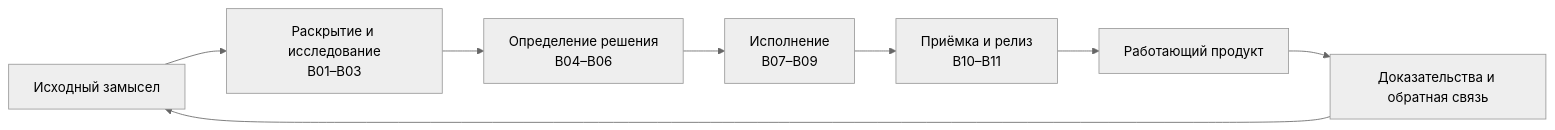
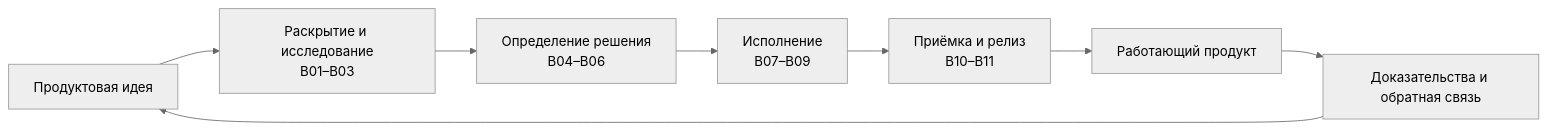
One commit to sergekostenchuk/taskplan-pro-operation-map changed the second of 3 diagrams in README.ru.md. Above: the diagram before and after it, drawn with Mermaid (neutral theme). The commit also changed other lines of this file and 16 other files, not shown here.

````diff
--- a/README.ru.md
+++ b/README.ru.md
@@ -20,10 +42,10 @@
 ```mermaid
 flowchart LR
-    I["Исходный замысел"] --> D["Раскрытие и исследование<br/>B01–B03"]
+    I["Продуктовая идея"] --> D["Раскрытие и исследование<br/>B01–B03"]
     D --> F["Определение решения<br/>B04–B06"]
     F --> E["Исполнение<br/>B07–B09"]
     E --> A["Приёмка и релиз<br/>B10–B11"]
     A --> P["Работающий продукт"]
     P --> L["Доказательства и обратная связь"]
     L --> I
 ```
````
